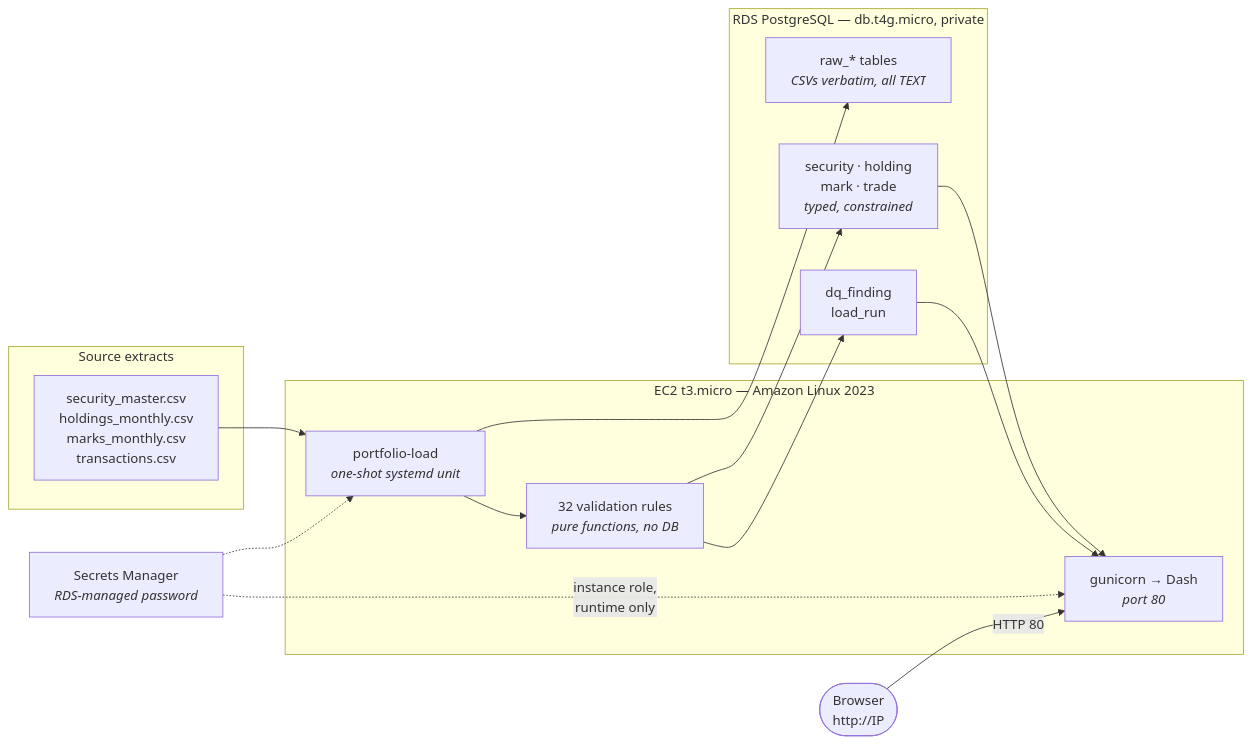
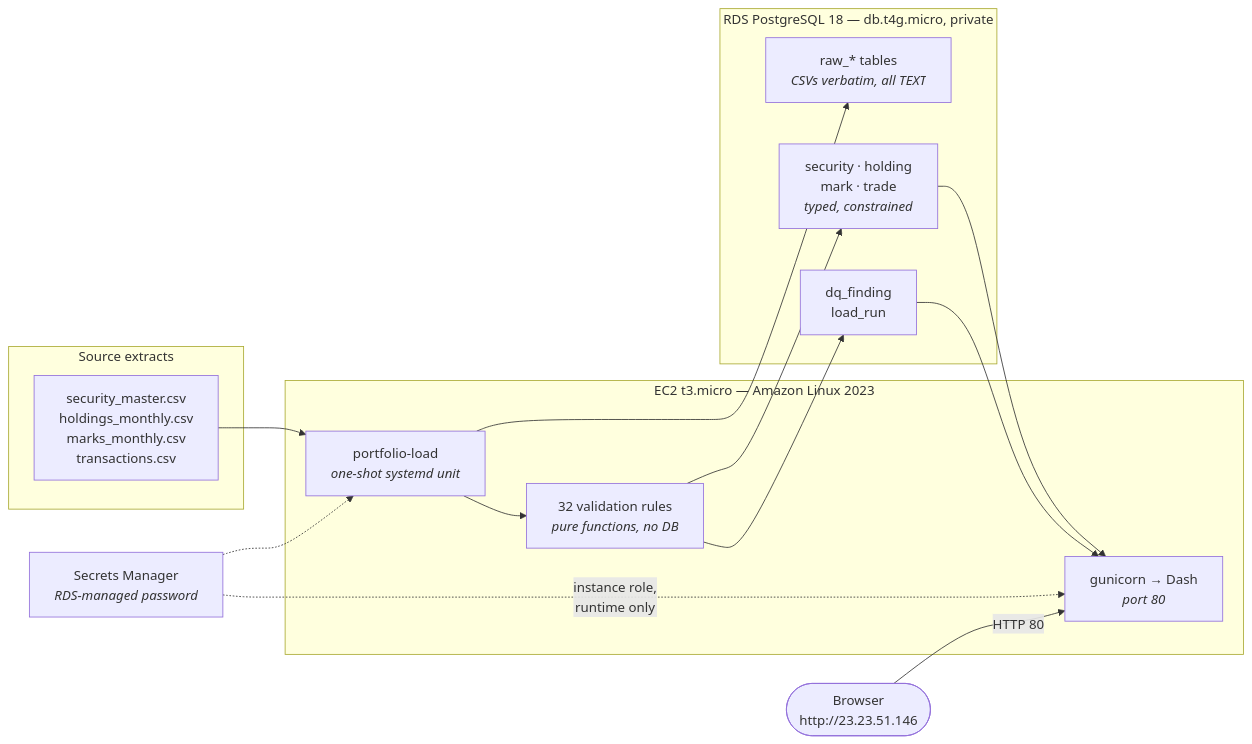
Before and after one commit to lessouffrances/fixed-income-portfolio-analytics: the diagram in README.md, drawn with Mermaid. The commit also changed other lines of this file, not shown here.

````diff
--- a/README.md
+++ b/README.md
@@ -16,32 +28,32 @@
 ```mermaid
 flowchart LR
     subgraph src["Source extracts"]
         CSV["security_master.csv<br/>holdings_monthly.csv<br/>marks_monthly.csv<br/>transactions.csv"]
     end
 
     subgraph ec2["EC2 t3.micro — Amazon Linux 2023"]
         LOAD["portfolio-load<br/><i>one-shot systemd unit</i>"]
         RULES["32 validation rules<br/><i>pure functions, no DB</i>"]
         APP["gunicorn → Dash<br/><i>port 80</i>"]
         LOAD --> RULES
     end
 
-    subgraph rds["RDS PostgreSQL — db.t4g.micro, private"]
+    subgraph rds["RDS PostgreSQL 18 — db.t4g.micro, private"]
         RAW["raw_* tables<br/><i>CSVs verbatim, all TEXT</i>"]
         CUR["security · holding<br/>mark · trade<br/><i>typed, constrained</i>"]
         DQ["dq_finding<br/>load_run"]
     end
 
     SM["Secrets Manager<br/><i>RDS-managed password</i>"]
 
     CSV --> LOAD
     LOAD --> RAW
     RULES --> CUR
     RULES --> DQ
     CUR --> APP
     DQ --> APP
     SM -.->|"instance role,<br/>runtime only"| APP
     SM -.-> LOAD
 
-    USER(["Browser<br/>http://IP"]) -->|HTTP 80| APP
+    USER(["Browser<br/>http://23.23.51.146"]) -->|HTTP 80| APP
 ```
````
